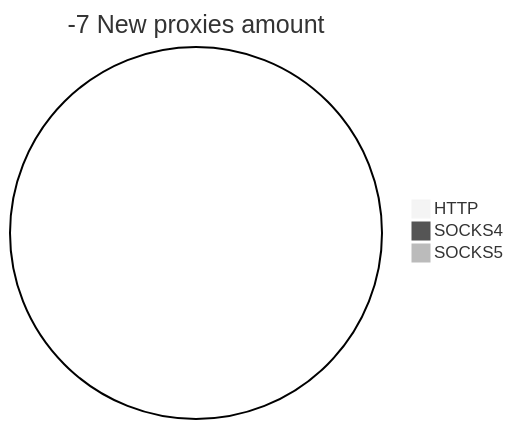
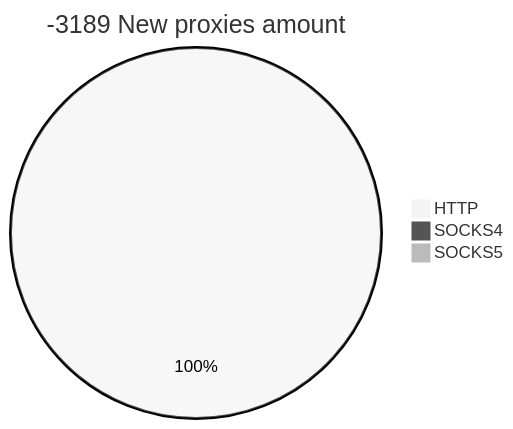
The second of 2 diagrams in README.md (cutipu/proxylist), drawn with Mermaid (neutral theme) before and after one commit. The commit also changed other lines of this file, not shown here.

````diff
--- a/README.md
+++ b/README.md
@@ -10,6 +10,6 @@
 ```mermaid
-pie title -7 New proxies amount
-    "HTTP" : 0
+pie title -3189 New proxies amount
+    "HTTP" : 149
     "SOCKS4" : 0
     "SOCKS5" : 0
 ```
````
